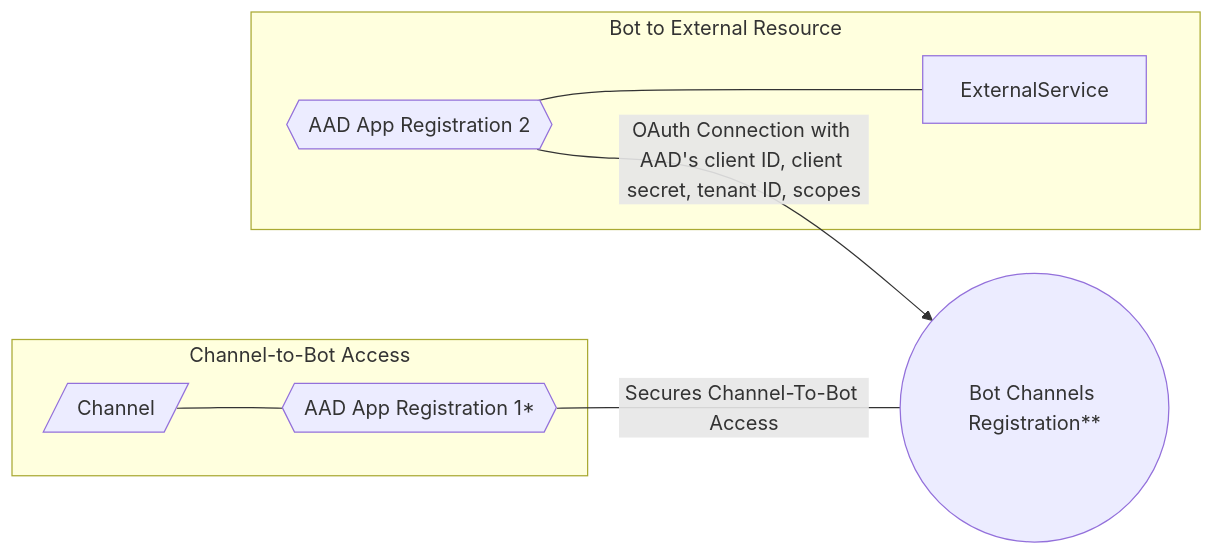
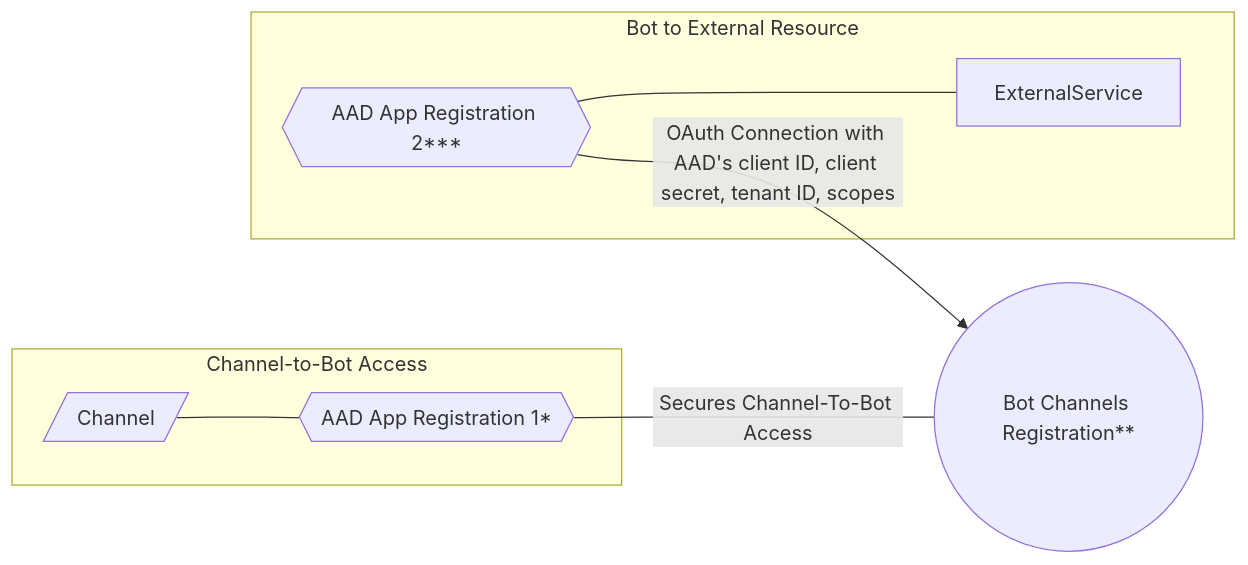
One commit to Zerryth/Mermaid changed the diagram in MarkdownFiles/Authentication/DetailedViewAddAuthToYourBotViaABS.md. Above: the diagram before and after it, drawn with Mermaid. The commit also changed 2 other files, not shown here.

Commit message:
made note that IdP could be more than just AAD

````diff
--- a/MarkdownFiles/Authentication/DetailedViewAddAuthToYourBotViaABS.md
+++ b/MarkdownFiles/Authentication/DetailedViewAddAuthToYourBotViaABS.md
@@ -1,14 +1,14 @@
 ```mermaid
     graph LR
     
     subgraph Channel-to-Bot Access
         Channel[/Channel/] --- AAD1{{AAD App Registration 1*}}
     end
     AAD1 -- Secures Channel-To-Bot Access --- BotChannelsRegistration((Bot Channels Registration**))
     
     subgraph Bot to External Resource
-        AAD2{{AAD App Registration 2}} --- ExternalService
+        AAD2{{AAD App Registration 2***}} --- ExternalService
     end
     AAD2 -- OAuth Connection with AAD's client ID, client secret, tenant ID, scopes--> BotChannelsRegistration
 
 ```
````
